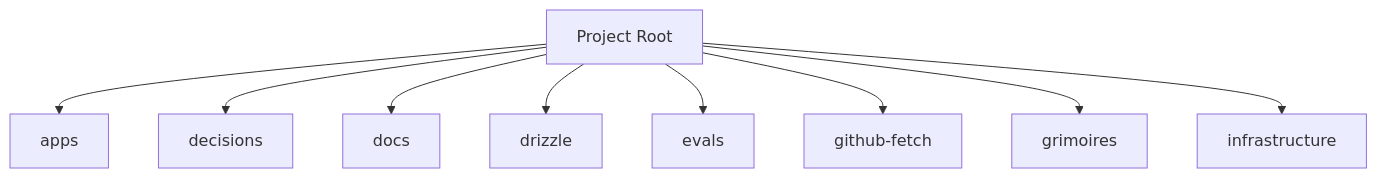
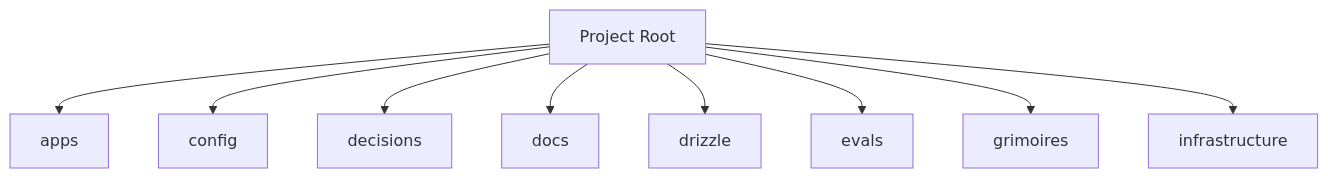
Before and after one commit to 0xHoneyJar/loa-freeside: the diagram in BUTTERFREEZONE.md, drawn with Mermaid. The commit also changed other lines of this file and 107 other files, not shown here.

````diff
--- a/BUTTERFREEZONE.md
+++ b/BUTTERFREEZONE.md
@@ -54,20 +56,20 @@
 ```mermaid
 graph TD
     apps[apps]
+    config[config]
     decisions[decisions]
     docs[docs]
     drizzle[drizzle]
     evals[evals]
-    github_fetch[github-fetch]
     grimoires[grimoires]
     infrastructure[infrastructure]
     Root[Project Root]
     Root --> apps
+    Root --> config
     Root --> decisions
     Root --> docs
     Root --> drizzle
     Root --> evals
-    Root --> github_fetch
     Root --> grimoires
     Root --> infrastructure
 ```
````
